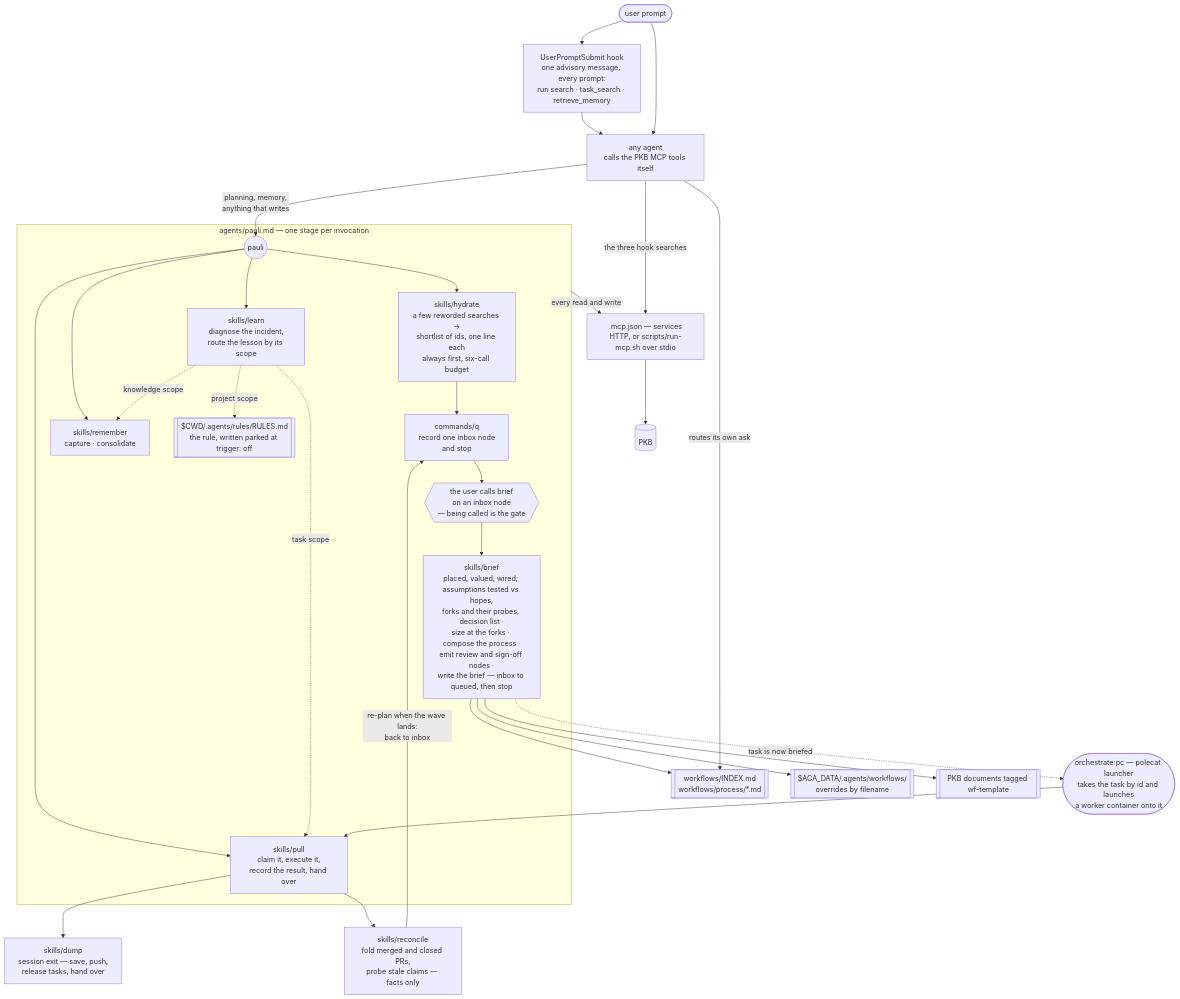
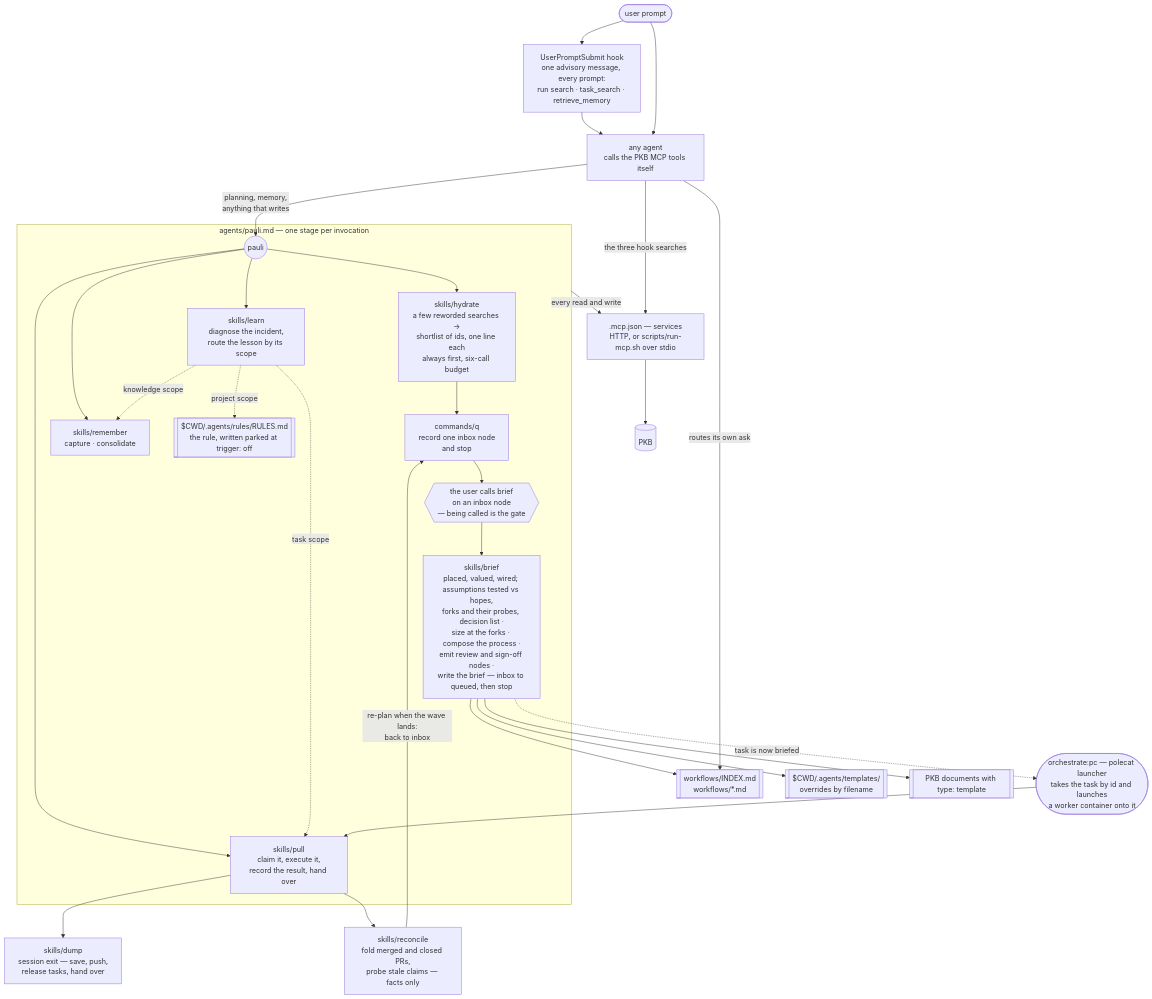
Before and after one commit to nicsuzor/academicOps: the diagram in plugins/pkb/README.md, drawn with Mermaid. The commit also changed other lines of this file and 28 other files, not shown here.

````diff
--- a/plugins/pkb/README.md
+++ b/plugins/pkb/README.md
@@ -8,44 +8,44 @@
 ```mermaid
 flowchart TD
     prompt([user prompt]) --> hook
 
     hook["UserPromptSubmit hook<br/>one advisory message, every prompt:<br/>run search · task_search · retrieve_memory"]
     hook --> agent
     prompt --> agent["any agent<br/>calls the PKB MCP tools itself"]
 
     agent -- "planning, memory,<br/>anything that writes" --> pauli
 
     subgraph pkbwrite["agents/pauli.md — one stage per invocation"]
         pauli(("pauli"))
         pauli --> hydrate["skills/hydrate<br/>a few reworded searches →<br/>shortlist of ids, one line each<br/>always first, six-call budget"]
 
         hydrate --> capture["commands/q<br/>record one inbox node<br/>and stop"]
         capture --> gate{{"the user calls brief<br/>on an inbox node<br/>— being called is the gate"}}
         gate --> brief["skills/brief<br/>placed, valued, wired; assumptions tested vs hopes,<br/>forks and their probes, decision list ·<br/>size at the forks · compose the process ·<br/>emit review and sign-off nodes ·<br/>write the brief — inbox to queued, then stop"]
 
         pauli --> pull["skills/pull<br/>claim it, execute it,<br/>record the result, hand over"]
         pauli --> remember["skills/remember<br/>capture · consolidate"]
         pauli --> learn["skills/learn<br/>diagnose the incident,<br/>route the lesson by its scope"]
 
         learn -. knowledge scope .-> remember
         learn -. project scope .-> rules[["$CWD/.agents/rules/RULES.md<br/>the rule, written parked at trigger: off"]]
         learn -. task scope .-> pull
     end
 
     pull --> dump["skills/dump<br/>session exit — save, push,<br/>release tasks, hand over"]
     pull --> reconcile["skills/reconcile<br/>fold merged and closed PRs,<br/>probe stale claims — facts only"]
     reconcile -- "re-plan when the wave lands:<br/>back to inbox" --> capture
 
-    brief --> library[["workflows/INDEX.md<br/>workflows/process/*.md"]]
-    brief --> userlayer[["$ACA_DATA/.agents/workflows/<br/>overrides by filename"]]
-    brief --> wftemplates[["PKB documents tagged wf-template"]]
+    brief --> library[["workflows/INDEX.md<br/>workflows/*.md"]]
+    brief --> userlayer[["$CWD/.agents/templates/<br/>overrides by filename"]]
+    brief --> wftemplates[["PKB documents with type: template"]]
     agent -- "routes its own ask" --> library
 
     pkbwrite -- "every read and write" --> mcp
     agent -- "the three hook searches" --> mcp
 
     mcp[".mcp.json — services<br/>HTTP, or scripts/run-mcp.sh over stdio"] --> pkbstore[(PKB)]
 
     brief -. "task is now briefed" .-> dispatch(["orchestrate:pc — polecat launcher<br/>takes the task by id and launches<br/>a worker container onto it"])
     dispatch --> pull
 ```
````
